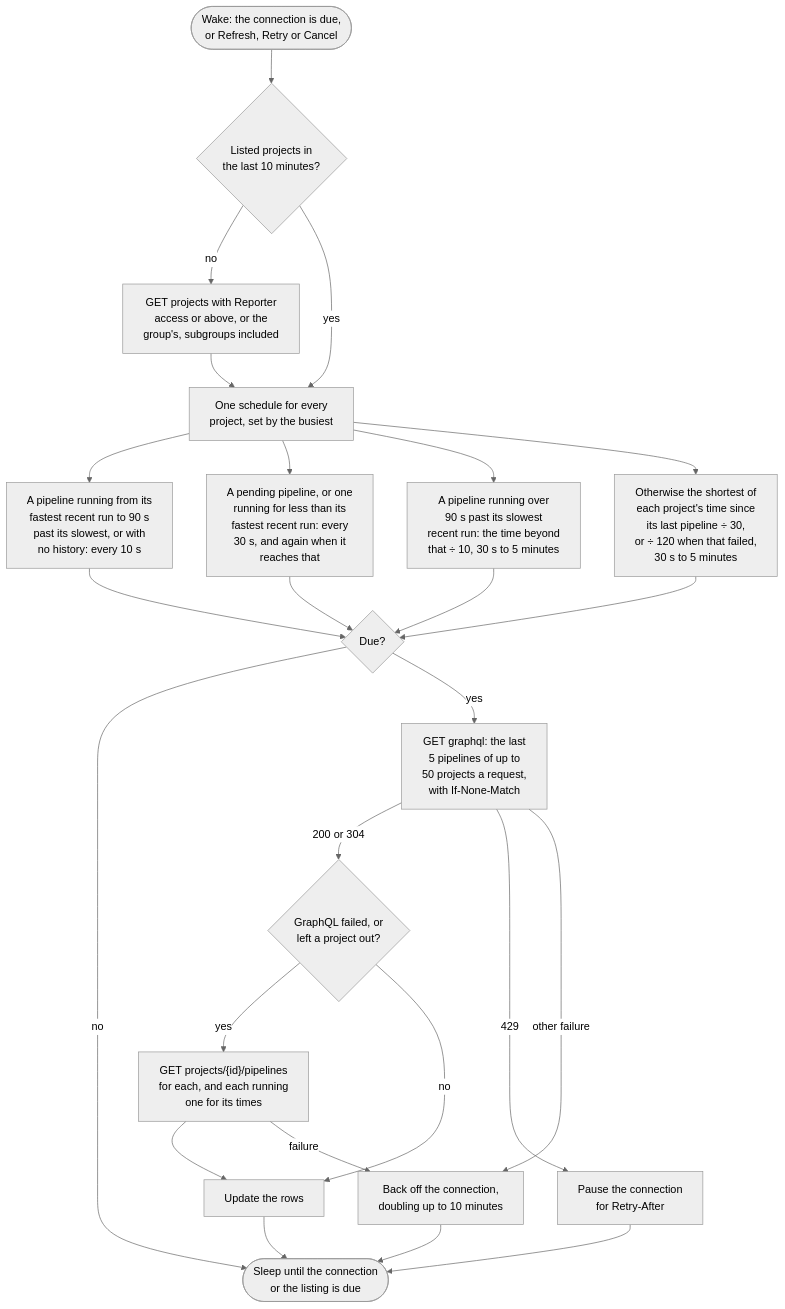
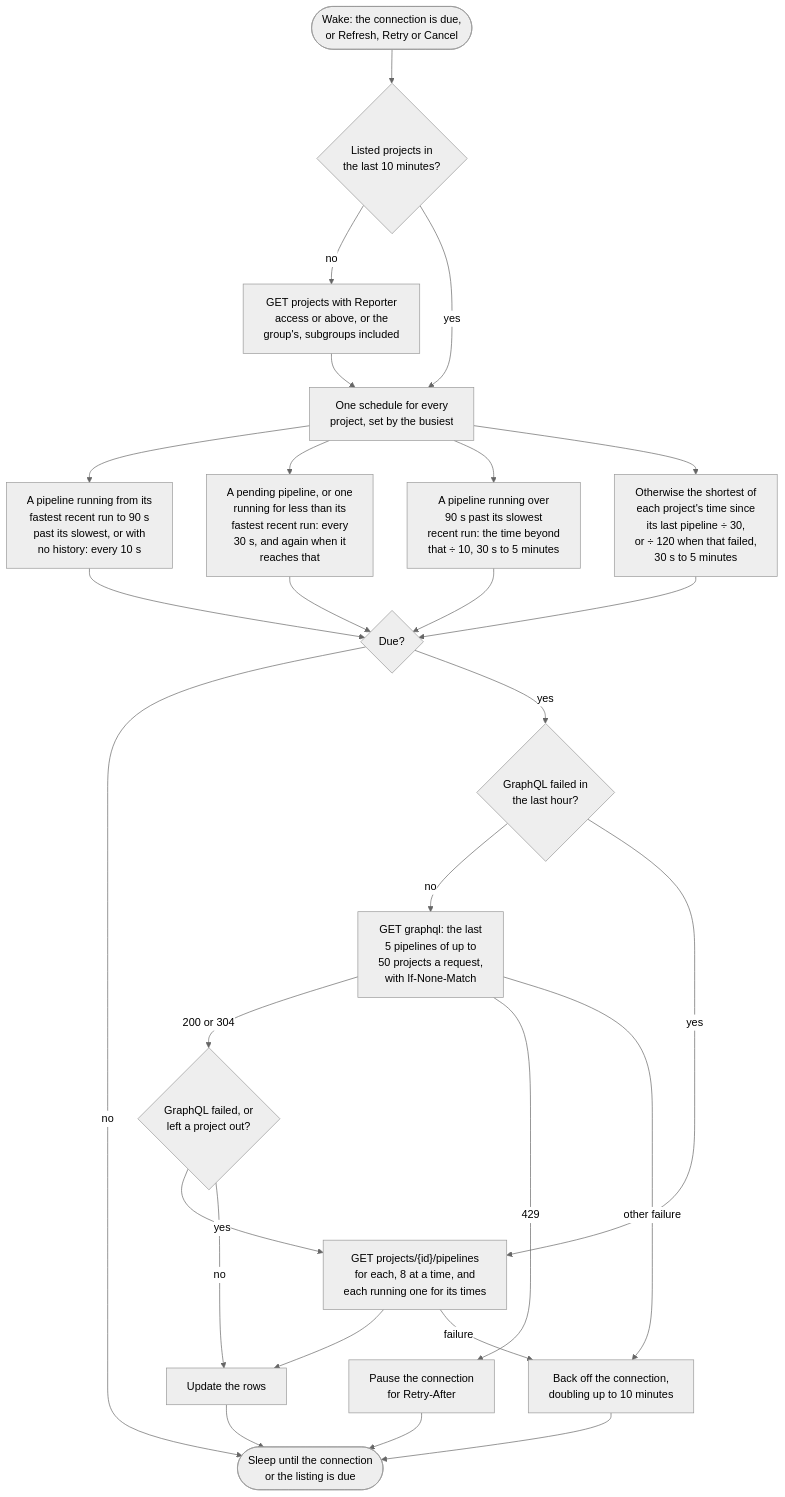
The diagram in docs/mdsource/providers/gitlab.source.md (SimonCropp/BuildMonitor), drawn with Mermaid (neutral theme) before and after one commit. The commit also changed other lines of this file and 92 other files, not shown here.

````diff
--- a/docs/mdsource/providers/gitlab.source.md
+++ b/docs/mdsource/providers/gitlab.source.md
@@ -32,32 +32,34 @@
 ```mermaid
 ---
 config:
   flowchart:
     wrappingWidth: 400
 ---
 flowchart TD
     wake(["Wake: the connection is due,<br/>or Refresh, Retry or Cancel"]) --> listed{"Listed projects in<br/>the last 10 minutes?"}
     listed -- "no" --> discover["GET projects with Reporter<br/>access or above, or the<br/>group's, subgroups included"]
     listed -- "yes" --> interval["One schedule for every<br/>project, set by the busiest"]
     discover --> interval
     interval --> finishing["A pipeline running from its<br/>fastest recent run to 90 s<br/>past its slowest, or with<br/>no history: every 10 s"]
     interval --> running["A pending pipeline, or one<br/>running for less than its<br/>fastest recent run: every<br/>30 s, and again when it<br/>reaches that"]
     interval --> overrun["A pipeline running over<br/>90 s past its slowest<br/>recent run: the time beyond<br/>that ÷ 10, 30 s to 5 minutes"]
     interval --> quiet["Otherwise the shortest of<br/>each project's time since<br/>its last pipeline ÷ 30,<br/>or ÷ 120 when that failed,<br/>30 s to 5 minutes"]
     finishing --> due{"Due?"}
     running --> due
     overrun --> due
     quiet --> due
     due -- "no" --> sleep(["Sleep until the connection<br/>or the listing is due"])
-    due -- "yes" --> query["GET graphql: the last<br/>5 pipelines of up to<br/>50 projects a request,<br/>with If-None-Match"]
+    due -- "yes" --> failed{"GraphQL failed in<br/>the last hour?"}
+    failed -- "no" --> query["GET graphql: the last<br/>5 pipelines of up to<br/>50 projects a request,<br/>with If-None-Match"]
+    failed -- "yes" --> rest
     query -- "200 or 304" --> missing{"GraphQL failed, or<br/>left a project out?"}
-    missing -- "yes" --> rest["GET projects/{id}/pipelines<br/>for each, and each running<br/>one for its times"]
+    missing -- "yes" --> rest["GET projects/{id}/pipelines<br/>for each, 8 at a time, and<br/>each running one for its times"]
     missing -- "no" --> rows["Update the rows"]
     rest --> rows
     query -- "429" --> pause["Pause the connection<br/>for Retry-After"]
     query -- "other failure" --> backoff["Back off the connection,<br/>doubling up to 10 minutes"]
     rest -- "failure" --> backoff
     rows --> sleep
     pause --> sleep
     backoff --> sleep
 ```
````
